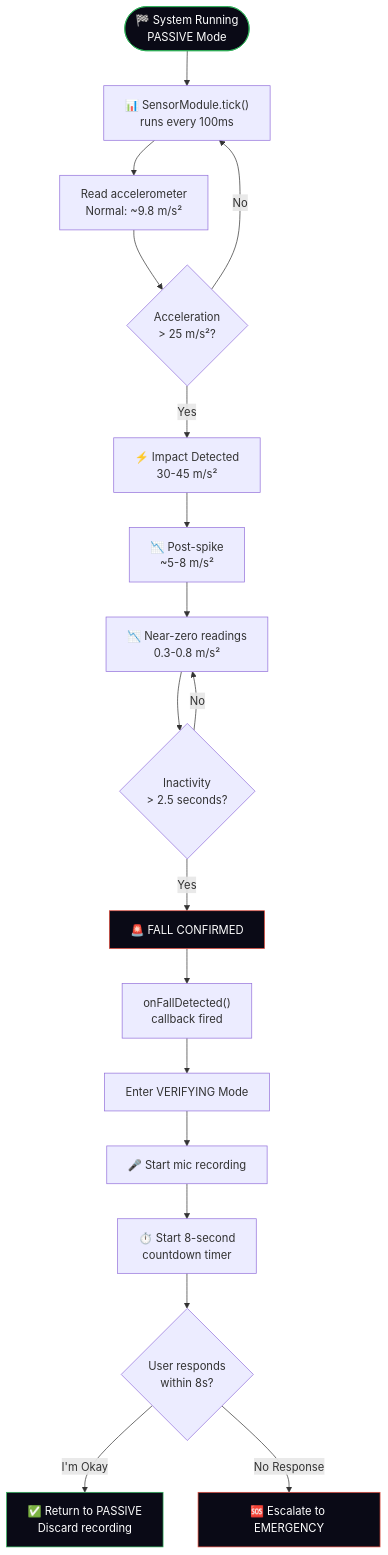
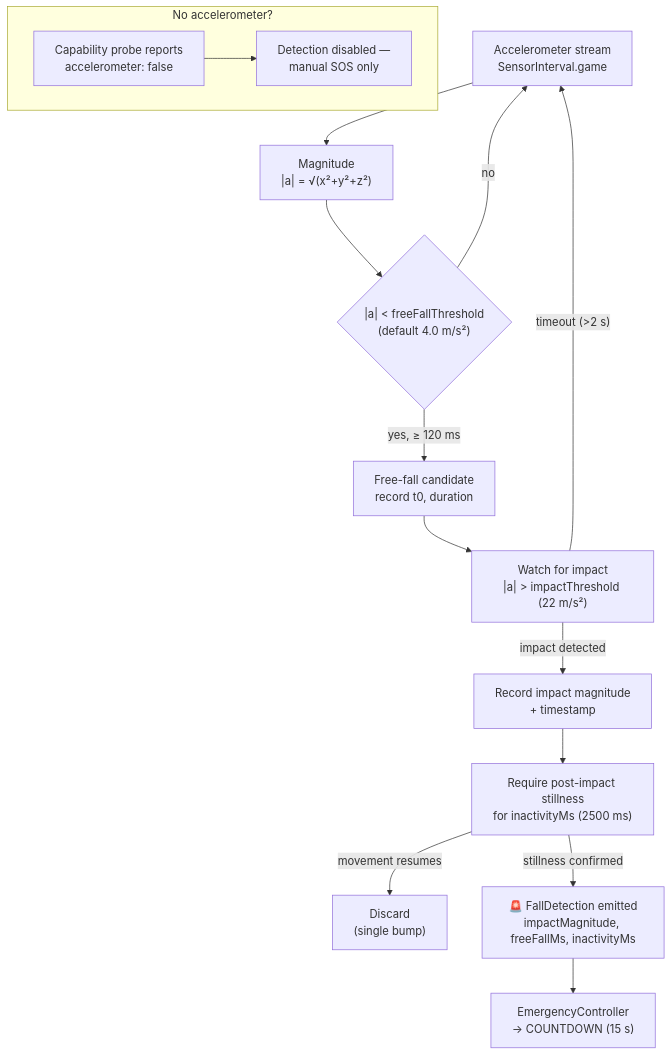
One commit to Ved2151H/zeroUi changed the fourth of 18 diagrams in DIAGRAMS.md. Above: the diagram before and after it, drawn with Mermaid. The commit also changed other lines of this file and 111 other files, not shown here.

````diff
--- a/DIAGRAMS.md
+++ b/DIAGRAMS.md
@@ -108,25 +167,20 @@
 ```mermaid
 flowchart TD
-    START(["🏁 System Running<br>PASSIVE Mode"]) --> SENSOR["📊 SensorModule.tick()<br>runs every 100ms"]
-    SENSOR --> READ["Read accelerometer<br>Normal: ~9.8 m/s²"]
-    READ --> CHECK{"Acceleration<br>> 25 m/s²?"}
-    CHECK -->|No| SENSOR
-    CHECK -->|Yes| SPIKE["⚡ Impact Detected<br>30-45 m/s²"]
-    SPIKE --> POST["📉 Post-spike<br>~5-8 m/s²"]
-    POST --> INACTIVITY["📉 Near-zero readings<br>0.3-0.8 m/s²"]
-    INACTIVITY --> TIMER{"Inactivity<br>> 2.5 seconds?"}
-    TIMER -->|No| INACTIVITY
-    TIMER -->|Yes| CONFIRMED["🚨 FALL CONFIRMED"]
-    CONFIRMED --> CALLBACK["onFallDetected()<br>callback fired"]
-    CALLBACK --> VERIFY["Enter VERIFYING Mode"]
-    VERIFY --> MIC["🎤 Start mic recording"]
-    MIC --> COUNTDOWN["⏱️ Start 8-second<br>countdown timer"]
-    COUNTDOWN --> RESPONSE{"User responds<br>within 8s?"}
-    RESPONSE -->|"I'm Okay"| SAFE["✅ Return to PASSIVE<br>Discard recording"]
-    RESPONSE -->|No Response| ESCALATE["🆘 Escalate to EMERGENCY"]
+    A["Accelerometer stream<br>SensorInterval.game"] --> B["Magnitude<br>|a| = √(x²+y²+z²)"]
+    B --> C{"|a| < freeFallThreshold<br>(default 4.0 m/s²)"}
+    C -->|no| A
+    C -->|yes, ≥ 120 ms| D["Free-fall candidate<br>record t0, duration"]
+    D --> E["Watch for impact<br>|a| > impactThreshold (22 m/s²)"]
+    E -->|impact detected| F["Record impact magnitude<br>+ timestamp"]
+    E -->|"timeout (>2 s)"| A
+    F --> G["Require post-impact stillness<br>for inactivityMs (2500 ms)"]
+    G -->|movement resumes| H["Discard<br>(single bump)"]
+    G -->|stillness confirmed| I["🚨 FallDetection emitted<br>impactMagnitude, freeFallMs, inactivityMs"]
+    I --> J["EmergencyController<br>→ COUNTDOWN (15 s)"]
 
-    style START fill:#0a0a16,stroke:#2eb45a,color:#fff
-    style CONFIRMED fill:#0a0a16,stroke:#e74c3c,color:#fff
-    style SAFE fill:#0a0a16,stroke:#2eb45a,color:#fff
-    style ESCALATE fill:#0a0a16,stroke:#e74c3c,color:#fff
+    subgraph NO_ACCEL["No accelerometer?"]
+        K["Capability probe reports<br>accelerometer: false"]
+        L["Detection disabled —<br>manual SOS only"]
+        K --> L
+    end
 ```
````
